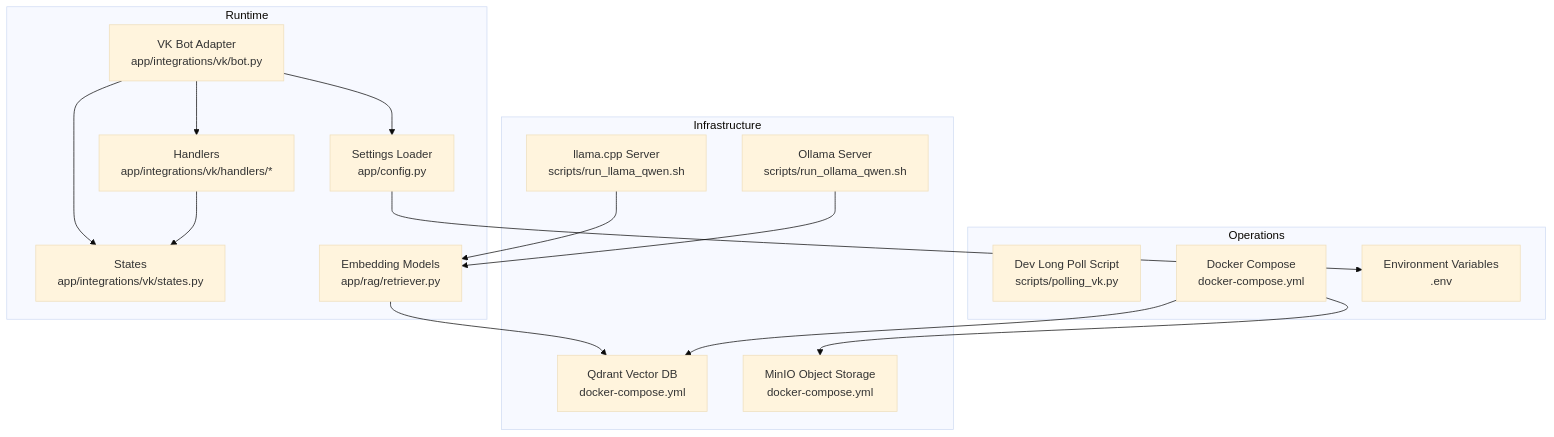
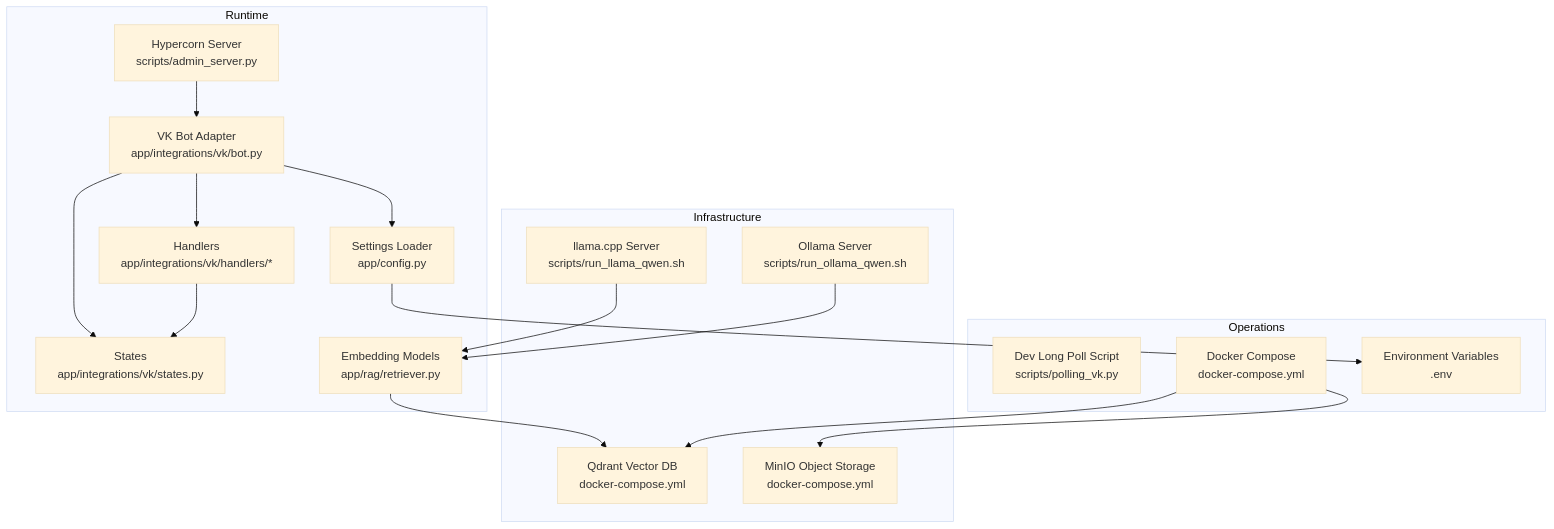
Before and after one commit to ognelis/cafetera_hr_bot: the first of 9 diagrams in .qoder/repowiki/en/content/Deployment and Operations.md, drawn with Mermaid (base theme). The commit also changed other lines of this file and 11 other files, not shown here.

````diff
--- a/.qoder/repowiki/en/content/Deployment and Operations.md
+++ b/.qoder/repowiki/en/content/Deployment and Operations.md
@@ -52,31 +58,33 @@
 ```mermaid
 graph TB
 subgraph "Runtime"
 VKBot["VK Bot Adapter<br/>app/integrations/vk/bot.py"]
 Handlers["Handlers<br/>app/integrations/vk/handlers/*"]
 States["States<br/>app/integrations/vk/states.py"]
 Config["Settings Loader<br/>app/config.py"]
 Embeddings["Embedding Models<br/>app/rag/retriever.py"]
+Hypercorn["Hypercorn Server<br/>scripts/admin_server.py"]
 end
 subgraph "Infrastructure"
 Qdrant["Qdrant Vector DB<br/>docker-compose.yml"]
 MinIO["MinIO Object Storage<br/>docker-compose.yml"]
 LlamaServer["llama.cpp Server<br/>scripts/run_llama_qwen.sh"]
 OllamaServer["Ollama Server<br/>scripts/run_ollama_qwen.sh"]
 end
 subgraph "Operations"
 DevPoll["Dev Long Poll Script<br/>scripts/polling_vk.py"]
 Compose["Docker Compose<br/>docker-compose.yml"]
 Env["Environment Variables<br/>.env"]
 end
 VKBot --> Handlers
 VKBot --> States
 VKBot --> Config
 Handlers --> States
 Embeddings --> Qdrant
 Config --> Env
 LlamaServer --> Embeddings
 OllamaServer --> Embeddings
 Compose --> Qdrant
 Compose --> MinIO
+Hypercorn --> VKBot
 ```
````
